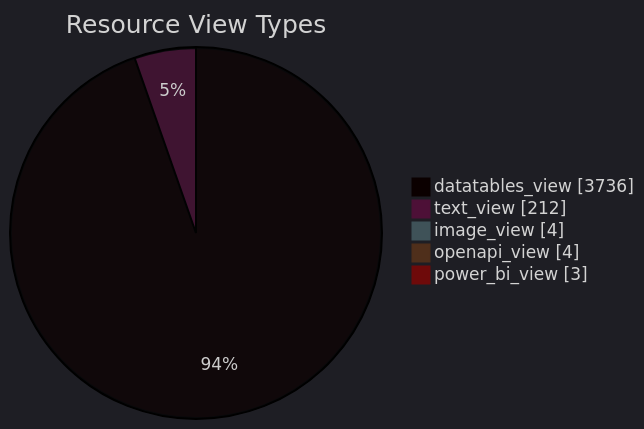
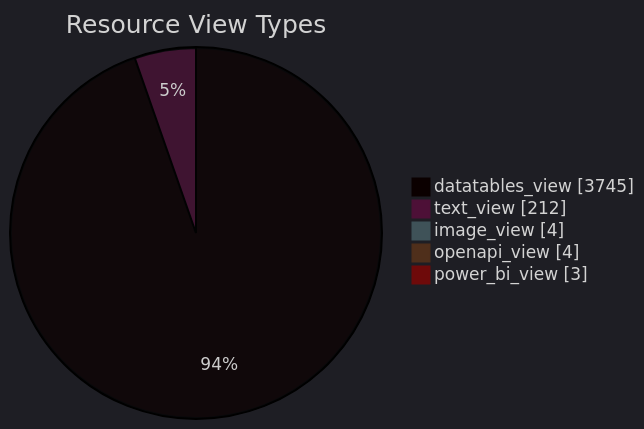
One commit to open-data/analytics-corporate-reporting changed the diagram in datastore_tracker/resource_view_types_pie_chart.md. Above: the diagram before and after it, drawn with Mermaid. The commit also changed 12 other files, not shown here.

````diff
--- a/datastore_tracker/resource_view_types_pie_chart.md
+++ b/datastore_tracker/resource_view_types_pie_chart.md
@@ -2,12 +2,12 @@
 ```mermaid
 ---
 config:
   theme: dark
 ---
 pie showData title Resource View Types
-    "datatables_view": 3736
+    "datatables_view": 3745
     "text_view": 212
     "image_view": 4
     "openapi_view": 4
     "power_bi_view": 3
 ```
````
